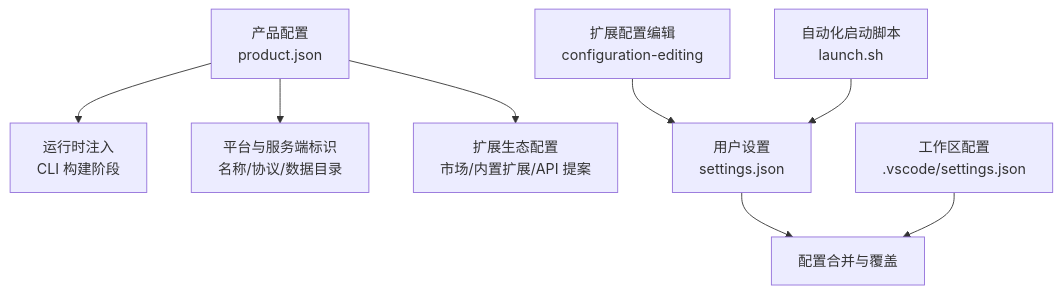
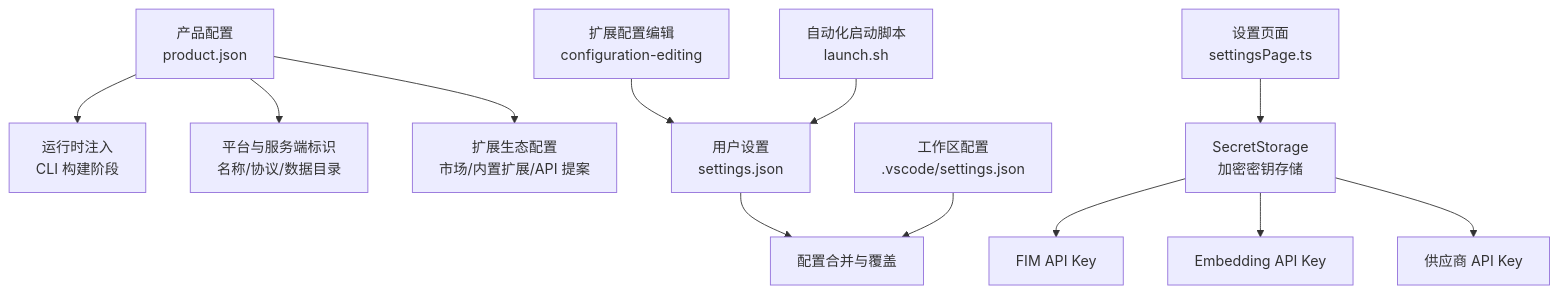
Before and after one commit to sofate798/KodrixCode: the first of 4 diagrams in .qoder/repowiki/zh/content/配置管理.md, drawn with Mermaid. The commit also changed other lines of this file and 9 other files, not shown here.

First line of the commit message:
feat(security): 集成 SecretStorage 安全存储机制

````diff
--- a/.qoder/repowiki/zh/content/配置管理.md
+++ b/.qoder/repowiki/zh/content/配置管理.md
@@ -35,10 +50,14 @@
 ```mermaid
 graph TB
 A["产品配置<br/>product.json"] --> B["运行时注入<br/>CLI 构建阶段"]
 A --> C["平台与服务端标识<br/>名称/协议/数据目录"]
 A --> D["扩展生态配置<br/>市场/内置扩展/API 提案"]
 E["用户设置<br/>settings.json"] --> F["配置合并与覆盖"]
 G["工作区配置<br/>.vscode/settings.json"] --> F
 H["扩展配置编辑<br/>configuration-editing"] --> E
 I["自动化启动脚本<br/>launch.sh"] --> E
+J["SecretStorage<br/>加密密钥存储"] --> K["FIM API Key"]
+J --> L["Embedding API Key"]
+J --> M["供应商 API Key"]
+N["设置页面<br/>settingsPage.ts"] --> J
 ```
````
